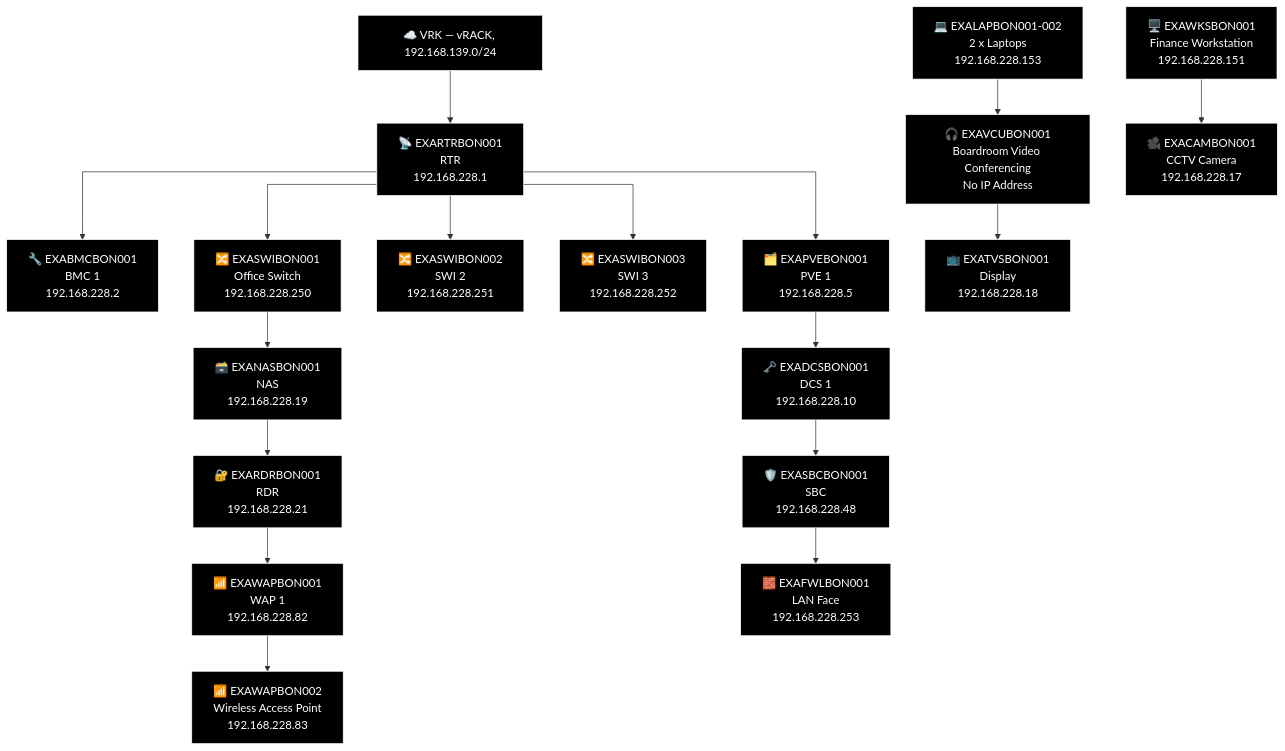
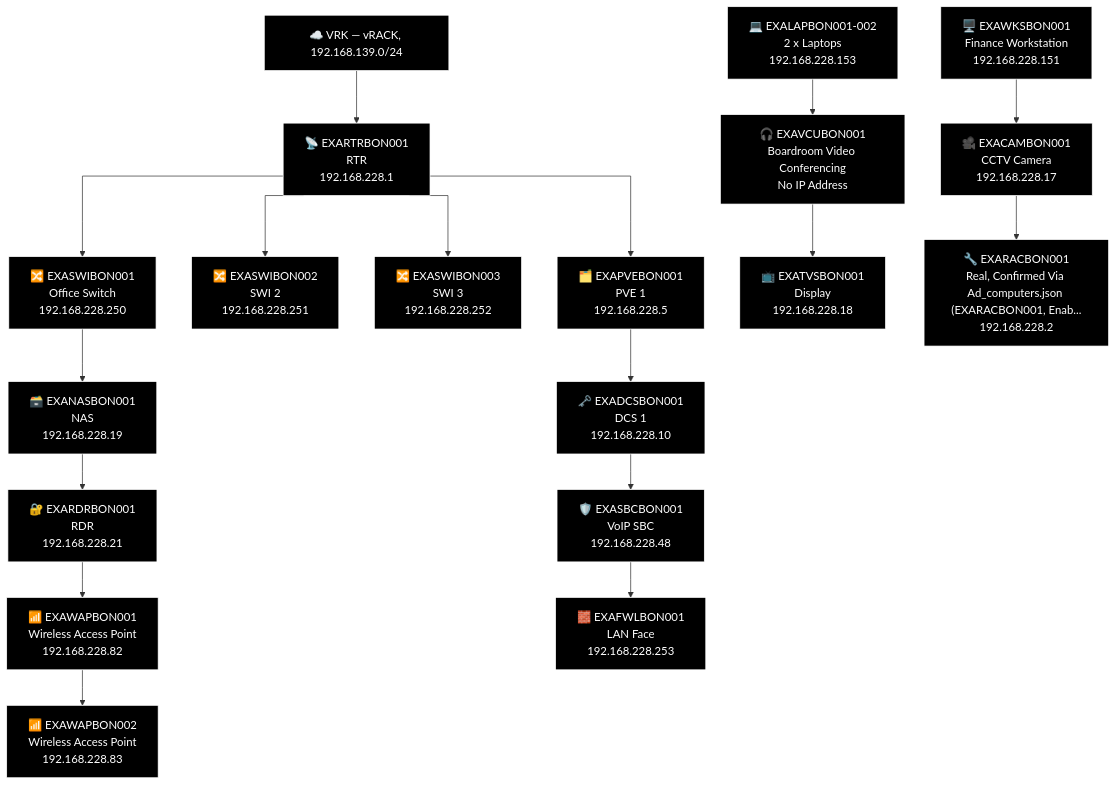
The third of 13 diagrams in docs/network-diagram/deutschland.md (knightmare2600/example_music_infra), drawn with Mermaid before and after one commit. The commit also changed other lines of this file and 36 other files, not shown here.

First line of the commit message:
devices.csv: add real WAP/SBC/RAC/NAS/ILO/FWL rows for the missing-row backlog

````diff
--- a/docs/network-diagram/deutschland.md
+++ b/docs/network-diagram/deutschland.md
@@ -103,54 +103,53 @@
 ```mermaid
 %% GENERATED:TOPOLOGY:BON:START
 %%{init: {'flowchart': {'curve': 'stepAfter'}}}%%
 graph TD
     T_VRK["☁️ VRK — vRACK, 192.168.139.0/24"]
     T_RTR["📡 EXARTRBON001<br/>RTR<br/>192.168.228.1"]
     T_VRK --> T_RTR
-    T_BMC["🔧 EXABMCBON001<br/>BMC 1<br/>192.168.228.2"]
-    T_RTR --> T_BMC
     T_PVE["🗂️ EXAPVEBON001<br/>PVE 1<br/>192.168.228.5"]
     T_RTR --> T_PVE
     T_SWI["🔀 EXASWIBON002<br/>SWI 2<br/>192.168.228.251"]
     T_RTR --> T_SWI
     T_SWI2["🔀 EXASWIBON003<br/>SWI 3<br/>192.168.228.252"]
     T_RTR --> T_SWI2
     T_SWI3["🔀 EXASWIBON001<br/>Office Switch<br/>192.168.228.250"]
     T_RTR --> T_SWI3
     T_NAS["🗃️ EXANASBON001<br/>NAS<br/>192.168.228.19"]
     T_RDR["🔐 EXARDRBON001<br/>RDR<br/>192.168.228.21"]
-    T_WAP["📶 EXAWAPBON001<br/>WAP 1<br/>192.168.228.82"]
+    T_WAP["📶 EXAWAPBON001<br/>Wireless Access Point<br/>192.168.228.82"]
     T_WAP2["📶 EXAWAPBON002<br/>Wireless Access Point<br/>192.168.228.83"]
     T_SWI3 --> T_NAS --> T_RDR --> T_WAP --> T_WAP2
     T_DCS["🗝️ EXADCSBON001<br/>DCS 1<br/>192.168.228.10"]
-    T_SBC["🛡️ EXASBCBON001<br/>SBC<br/>192.168.228.48"]
+    T_SBC["🛡️ EXASBCBON001<br/>VoIP SBC<br/>192.168.228.48"]
     T_FWL["🧱 EXAFWLBON001<br/>LAN Face<br/>192.168.228.253"]
     T_PVE --> T_DCS --> T_SBC --> T_FWL
     T_OTH_LAP["💻 EXALAPBON001-002<br/>2 x Laptops<br/>192.168.228.153"]
     T_WKS["🖥️ EXAWKSBON001<br/>Finance Workstation<br/>192.168.228.151"]
     T_VCU["🎧 EXAVCUBON001<br/>Boardroom Video Conferencing<br/>No IP Address"]
     T_CAM["🎥 EXACAMBON001<br/>CCTV Camera<br/>192.168.228.17"]
     T_TVS["📺 EXATVSBON001<br/>Display<br/>192.168.228.18"]
+    T_RAC["🔧 EXARACBON001<br/>Real, Confirmed Via Ad_computers.json (EXARACBON001, Enab...<br/>192.168.228.2"]
     T_OTH_LAP --> T_VCU --> T_TVS
-    T_WKS --> T_CAM
+    T_WKS --> T_CAM --> T_RAC
     style T_VRK fill:#000000,stroke:#FFFFFF,color:#FFFFFF
     style T_RTR fill:#000000,stroke:#FFFFFF,color:#FFFFFF
-    style T_BMC fill:#000000,stroke:#FFFFFF,color:#FFFFFF
     style T_PVE fill:#000000,stroke:#FFFFFF,color:#FFFFFF
     style T_SWI fill:#000000,stroke:#FFFFFF,color:#FFFFFF
     style T_SWI2 fill:#000000,stroke:#FFFFFF,color:#FFFFFF
     style T_SWI3 fill:#000000,stroke:#FFFFFF,color:#FFFFFF
     style T_NAS fill:#000000,stroke:#FFFFFF,color:#FFFFFF
     style T_RDR fill:#000000,stroke:#FFFFFF,color:#FFFFFF
     style T_WAP fill:#000000,stroke:#FFFFFF,color:#FFFFFF
     style T_WAP2 fill:#000000,stroke:#FFFFFF,color:#FFFFFF
     style T_DCS fill:#000000,stroke:#FFFFFF,color:#FFFFFF
     style T_SBC fill:#000000,stroke:#FFFFFF,color:#FFFFFF
     style T_FWL fill:#000000,stroke:#FFFFFF,color:#FFFFFF
     style T_OTH_LAP fill:#000000,stroke:#FFFFFF,color:#FFFFFF
     style T_WKS fill:#000000,stroke:#FFFFFF,color:#FFFFFF
     style T_VCU fill:#000000,stroke:#FFFFFF,color:#FFFFFF
     style T_CAM fill:#000000,stroke:#FFFFFF,color:#FFFFFF
     style T_TVS fill:#000000,stroke:#FFFFFF,color:#FFFFFF
+    style T_RAC fill:#000000,stroke:#FFFFFF,color:#FFFFFF
 %% GENERATED:TOPOLOGY:BON:END
 ```
````
